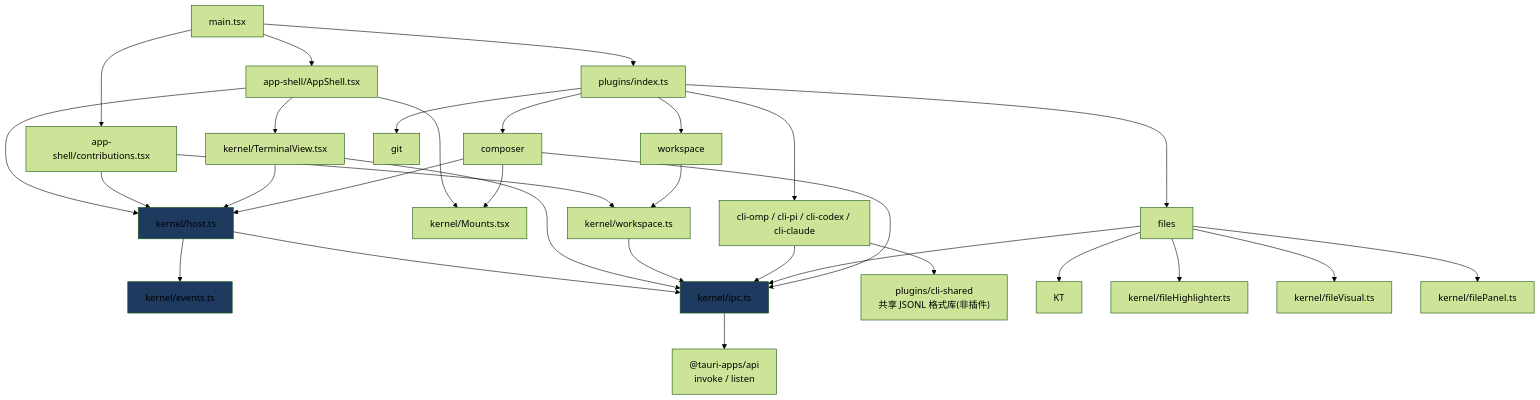
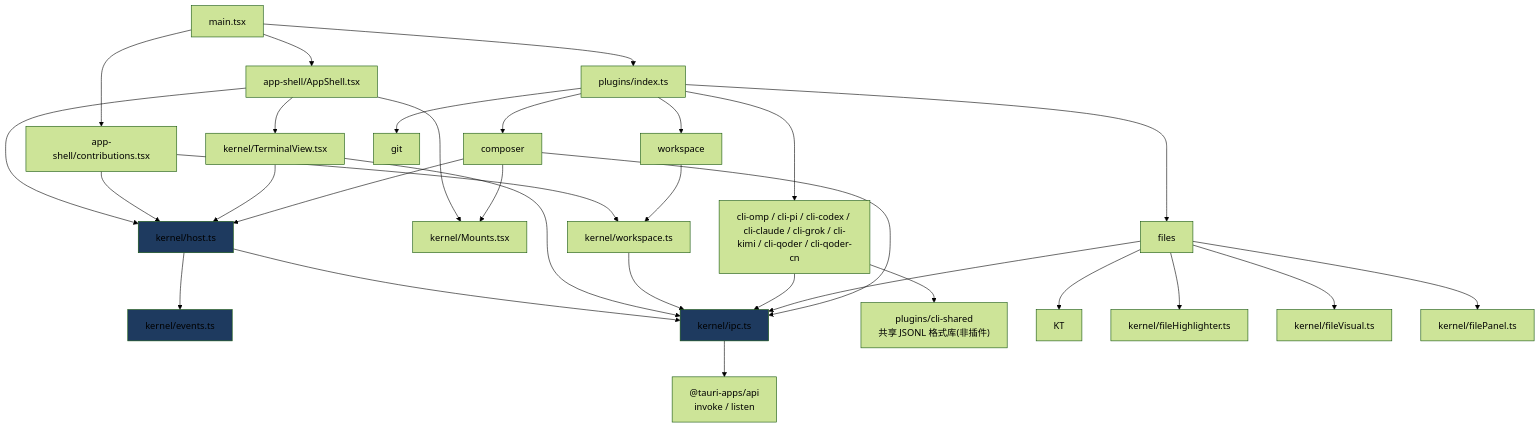
Before and after one commit to chenxiangning/tmd-cli: the eighth of 8 diagrams in docs/architecture/02-code-architecture.md, drawn with Mermaid (forest theme). The commit also changed other lines of this file and 11 other files, not shown here.

````diff
--- a/docs/architecture/02-code-architecture.md
+++ b/docs/architecture/02-code-architecture.md
@@ -302,36 +305,36 @@
 ```mermaid
 flowchart TD
     M["main.tsx"] --> AS["app-shell/AppShell.tsx"]
     M --> CT["app-shell/contributions.tsx"]
     M --> PI["plugins/index.ts"]
 
     AS --> KH["kernel/host.ts"]
     AS --> KM["kernel/Mounts.tsx"]
     AS --> KTV["kernel/TerminalView.tsx"]
     CT --> KH
     CT --> KW["kernel/workspace.ts"]
 
-    PI --> P1["cli-omp / cli-pi / cli-codex / cli-claude"]
+    PI --> P1["cli-omp / cli-pi / cli-codex / cli-claude / cli-grok / cli-kimi / cli-qoder / cli-qoder-cn"]
     PI --> P2["workspace"]
     PI --> P3["files"]
     PI --> P4["git"]
     PI --> P5["composer"]
 
     KH --> KE["kernel/events.ts"]
     KH --> KI["kernel/ipc.ts"]
     KTV --> KI
     KTV --> KH
     KW --> KI
 
     P1 --> KI
     P1 --> SH["plugins/cli-shared<br/>共享 JSONL 格式库(非插件)"]
     P2 --> KW
     P3 --> KI & KT & KFH["kernel/fileHighlighter.ts"] & KFV["kernel/fileVisual.ts"] & KFP["kernel/filePanel.ts"]
     P5 --> KH & KM & KI
 
     KI --> TAPI["@tauri-apps/api<br/>invoke / listen"]
 
     style KE fill:#1e3a5f
     style KI fill:#1e3a5f
     style KH fill:#1e3a5f
 ```
````
